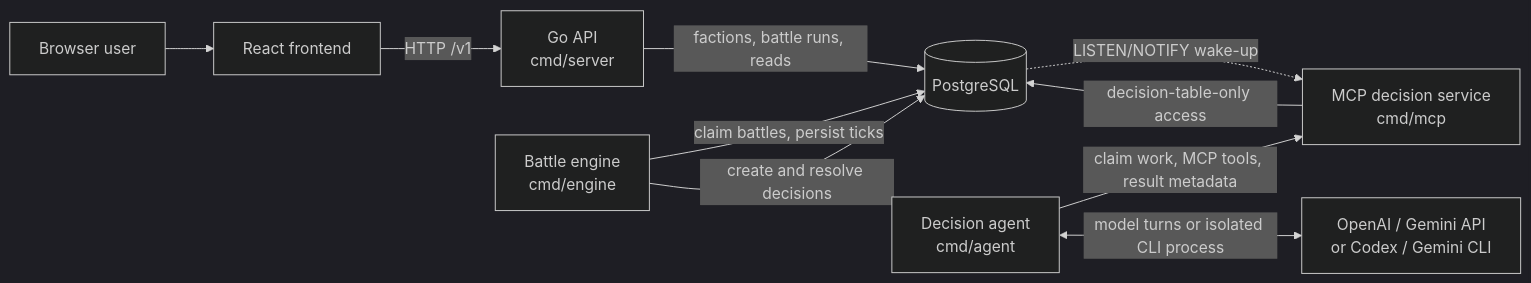
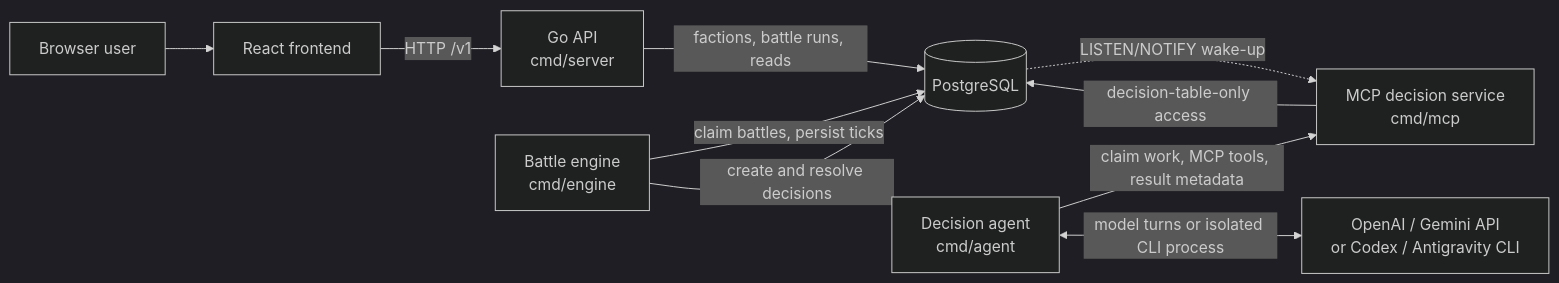
The first of 5 diagrams in docs/design/system-architecture.md (twhAuto/autonomous_battlefield), drawn with Mermaid (dark theme) before and after one commit. The commit also changed other lines of this file and 22 other files, not shown here.

Commit message:
Gemini to antigravity

````diff
--- a/docs/design/system-architecture.md
+++ b/docs/design/system-architecture.md
@@ -36,21 +36,21 @@
 ```mermaid
 flowchart LR
     User[Browser user]
     UI[React frontend]
     API[Go API<br/>cmd/server]
     Engine[Battle engine<br/>cmd/engine]
     DB[(PostgreSQL)]
     MCP[MCP decision service<br/>cmd/mcp]
     Agent[Decision agent<br/>cmd/agent]
-    Provider[OpenAI / Gemini API<br/>or Codex / Gemini CLI]
+    Provider[OpenAI / Gemini API<br/>or Codex / Antigravity CLI]
 
     User --> UI
     UI -->|HTTP /v1| API
     API -->|factions, battle runs, reads| DB
     Engine -->|claim battles, persist ticks| DB
     Engine -->|create and resolve decisions| DB
     DB -.->|LISTEN/NOTIFY wake-up| MCP
     Agent -->|claim work, MCP tools, result metadata| MCP
     Agent <-->|model turns or isolated CLI process| Provider
     MCP -->|decision-table-only access| DB
 ```
````
